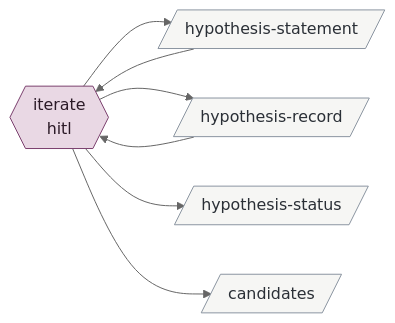
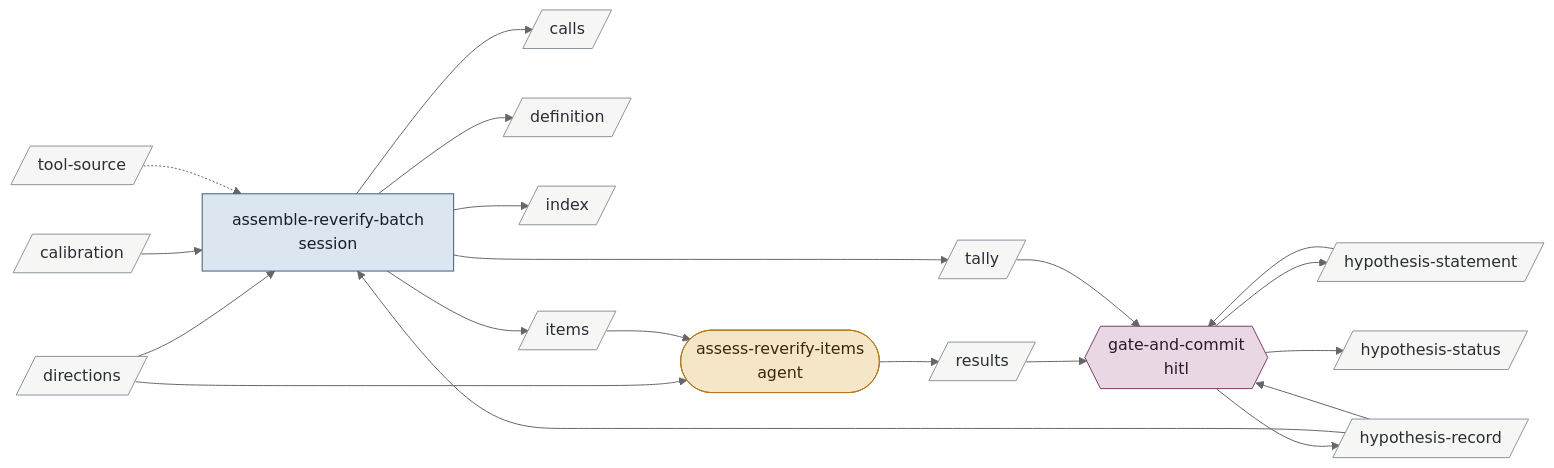
Before and after one commit to bc414/StoryPlanner: the fourth of 15 diagrams in .claude/skills/v3-buildout-2/map.md, drawn with Mermaid (neutral theme). The commit also changed other lines of this file and 18 other files, not shown here.

````diff
--- a/.claude/skills/v3-buildout-2/map.md
+++ b/.claude/skills/v3-buildout-2/map.md
@@ -125,21 +126,44 @@
 ```mermaid
 flowchart LR
   classDef hitl fill:#e9d8e4,stroke:#7a3e6d,color:#2b1a27
   classDef session fill:#dce6f0,stroke:#3b5b7c,color:#14202c
   classDef agent fill:#f5e6c8,stroke:#b7791f,color:#3a2a08
   classDef artifact fill:#f6f6f4,stroke:#8a94a0,color:#2a2f36
   classDef activity fill:#dcebdd,stroke:#4b7f52,color:#122816
   classDef terminus fill:#e4e4ea,stroke:#5b5b7a,color:#1c1c2c
-  iterate{{"iterate<br/>hitl"}}:::hitl
-  candidates[/"candidates"/]:::artifact
+  assemblereverifybatch["assemble-reverify-batch<br/>session"]:::session
+  assessreverifyitems(["assess-reverify-items<br/>agent"]):::agent
+  gateandcommit{{"gate-and-commit<br/>hitl"}}:::hitl
+  calibration[/"calibration"/]:::artifact
+  calls[/"calls"/]:::artifact
+  definition[/"definition"/]:::artifact
+  directions[/"directions"/]:::artifact
   hypothesisrecord[/"hypothesis-record"/]:::artifact
   hypothesisstatement[/"hypothesis-statement"/]:::artifact
   hypothesisstatus[/"hypothesis-status"/]:::artifact
+  index[/"index"/]:::artifact
+  items[/"items"/]:::artifact
+  results[/"results"/]:::artifact
+  tally[/"tally"/]:::artifact
+  toolsource[/"tool-source"/]:::artifact
 
-  hypothesisstatement --> iterate
-  hypothesisrecord --> iterate
-  iterate --> hypothesisstatement
-  iterate --> hypothesisrecord
-  iterate --> hypothesisstatus
-  iterate --> candidates
+  hypothesisrecord --> assemblereverifybatch
+  directions --> assemblereverifybatch
+  calibration --> assemblereverifybatch
+  toolsource -.-> assemblereverifybatch
+  assemblereverifybatch --> definition
+  assemblereverifybatch --> index
+  assemblereverifybatch --> items
+  assemblereverifybatch --> calls
+  assemblereverifybatch --> tally
+  directions --> assessreverifyitems
+  items --> assessreverifyitems
+  assessreverifyitems --> results
+  results --> gateandcommit
+  tally --> gateandcommit
+  hypothesisstatement --> gateandcommit
+  hypothesisrecord --> gateandcommit
+  gateandcommit --> hypothesisstatement
+  gateandcommit --> hypothesisrecord
+  gateandcommit --> hypothesisstatus
 ```
````
